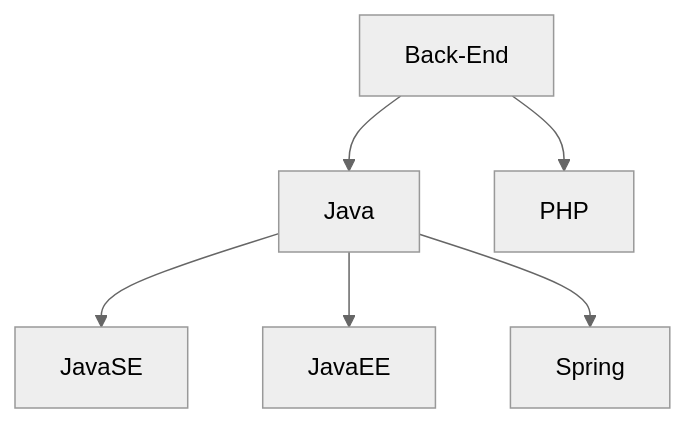
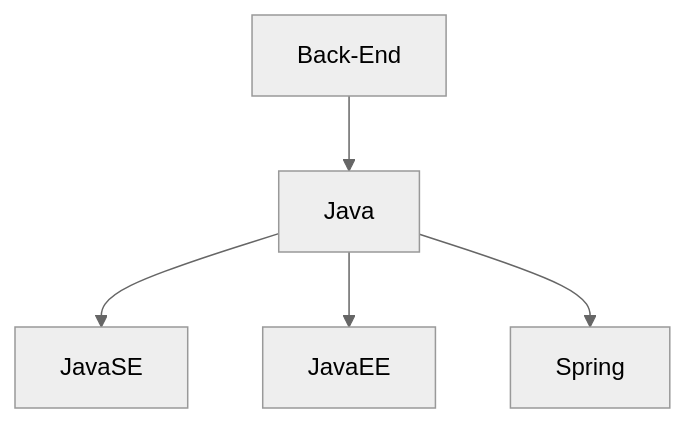
Before and after one commit to Victor-A-P/Victor-A-P: the third of 4 diagrams in README.md, drawn with Mermaid (neutral theme). The commit also changed other lines of this file, not shown here.

````diff
--- a/README.md
+++ b/README.md
@@ -130,10 +141,9 @@
 ```mermaid
 graph TD;
     Back-End-->Java;
    
-    Back-End-->PHP;
     Java-->JavaSE;
     Java-->JavaEE;
     Java-->Spring;
 
 ```
````
